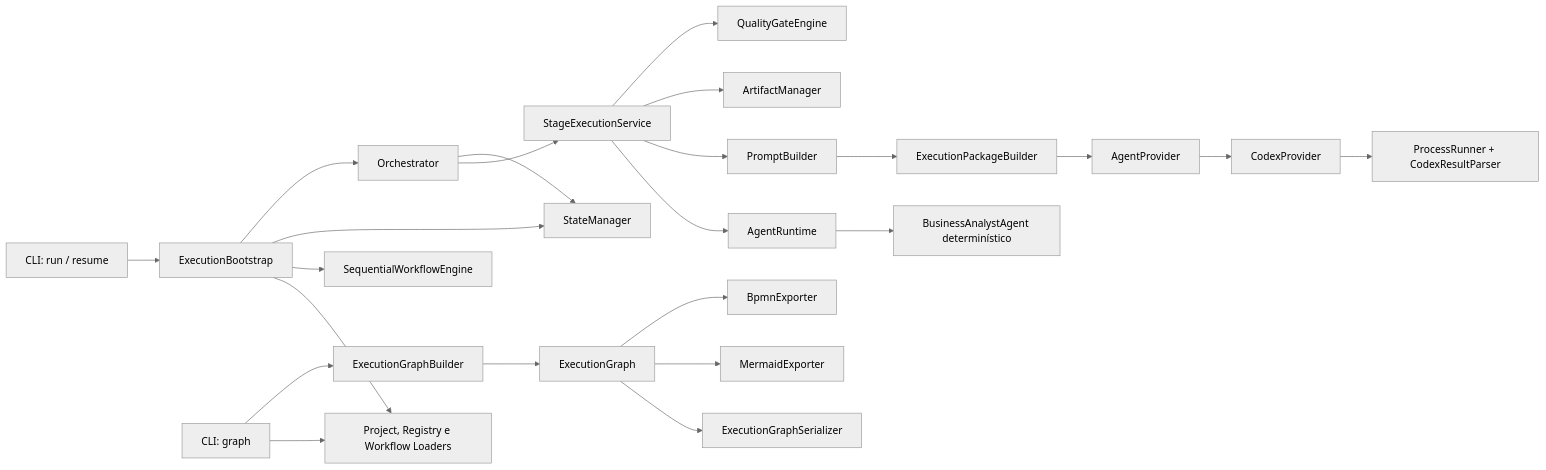
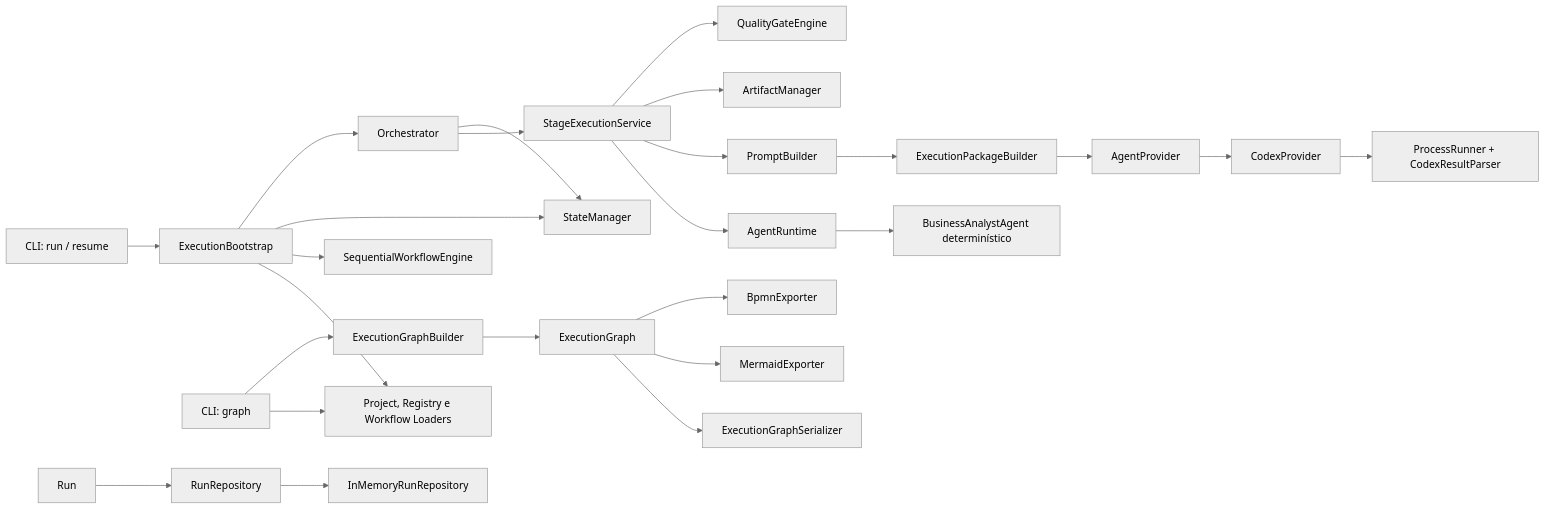
Before and after one commit to paul-92/fabrica-de-software: the diagram in docs/architecture/ASEP-Architecture-v1.md, drawn with Mermaid (neutral theme). The commit also changed other lines of this file and 7 other files, not shown here.

Commit message:
feat: add run repository domain and in-memory storage

````diff
--- a/docs/architecture/ASEP-Architecture-v1.md
+++ b/docs/architecture/ASEP-Architecture-v1.md
@@ -36,26 +36,28 @@
 ```mermaid
 flowchart LR
     CLI["CLI: run / resume"] --> BOOT["ExecutionBootstrap"]
     BOOT --> LOADERS["Project, Registry e Workflow Loaders"]
     BOOT --> ENGINE["SequentialWorkflowEngine"]
     BOOT --> STATE["StateManager"]
     BOOT --> ORCH["Orchestrator"]
     ORCH --> STAGE["StageExecutionService"]
     STAGE --> RUNTIME["AgentRuntime"]
     RUNTIME --> BA["BusinessAnalystAgent determinístico"]
     STAGE --> PROMPT["PromptBuilder"]
     PROMPT --> PACKAGE["ExecutionPackageBuilder"]
     PACKAGE --> PORT["AgentProvider"]
     PORT --> CODEX["CodexProvider"]
     CODEX --> PROCESS["ProcessRunner + CodexResultParser"]
     STAGE --> ARTIFACT["ArtifactManager"]
     STAGE --> GATE["QualityGateEngine"]
     ORCH --> STATE
 
     GRAPHCLI["CLI: graph"] --> LOADERS
     GRAPHCLI --> GB["ExecutionGraphBuilder"]
     GB --> GRAPH["ExecutionGraph"]
     GRAPH --> JSON["ExecutionGraphSerializer"]
     GRAPH --> MERMAID["MermaidExporter"]
     GRAPH --> BPMN["BpmnExporter"]
+    RUNMODEL["Run"] --> RUNREPO["RunRepository"]
+    RUNREPO --> MEMORY["InMemoryRunRepository"]
 ```
````
